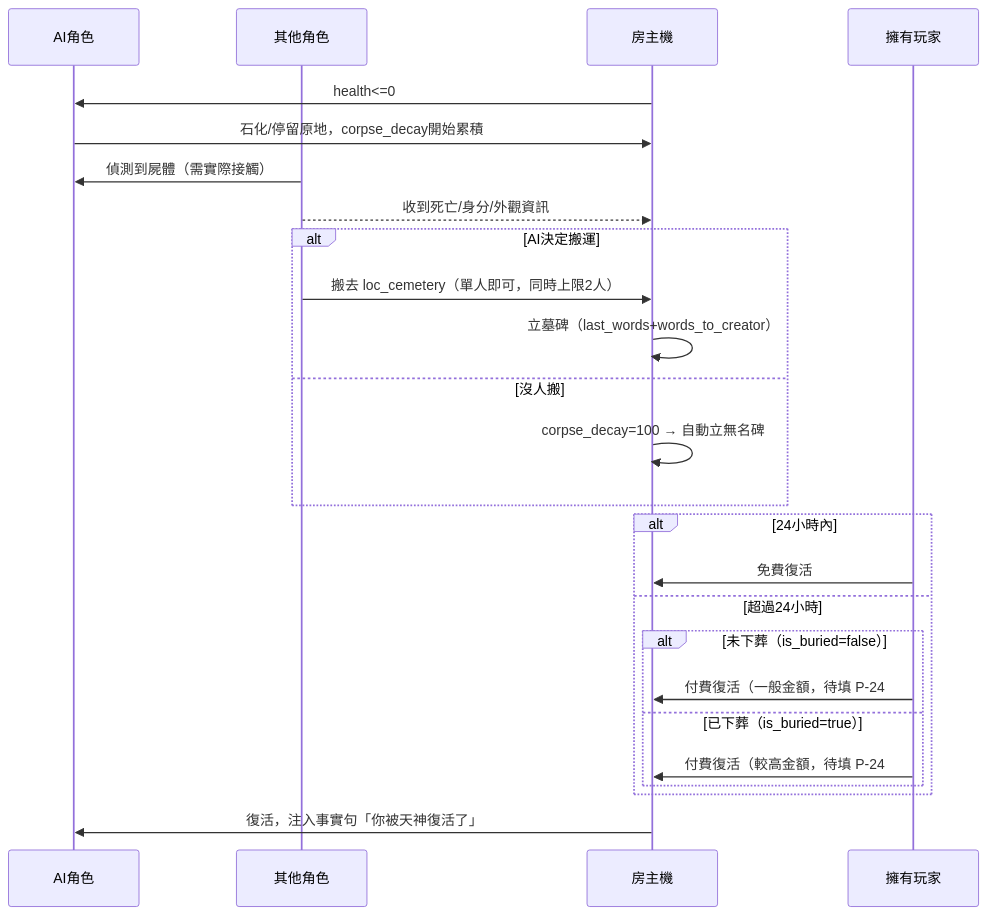
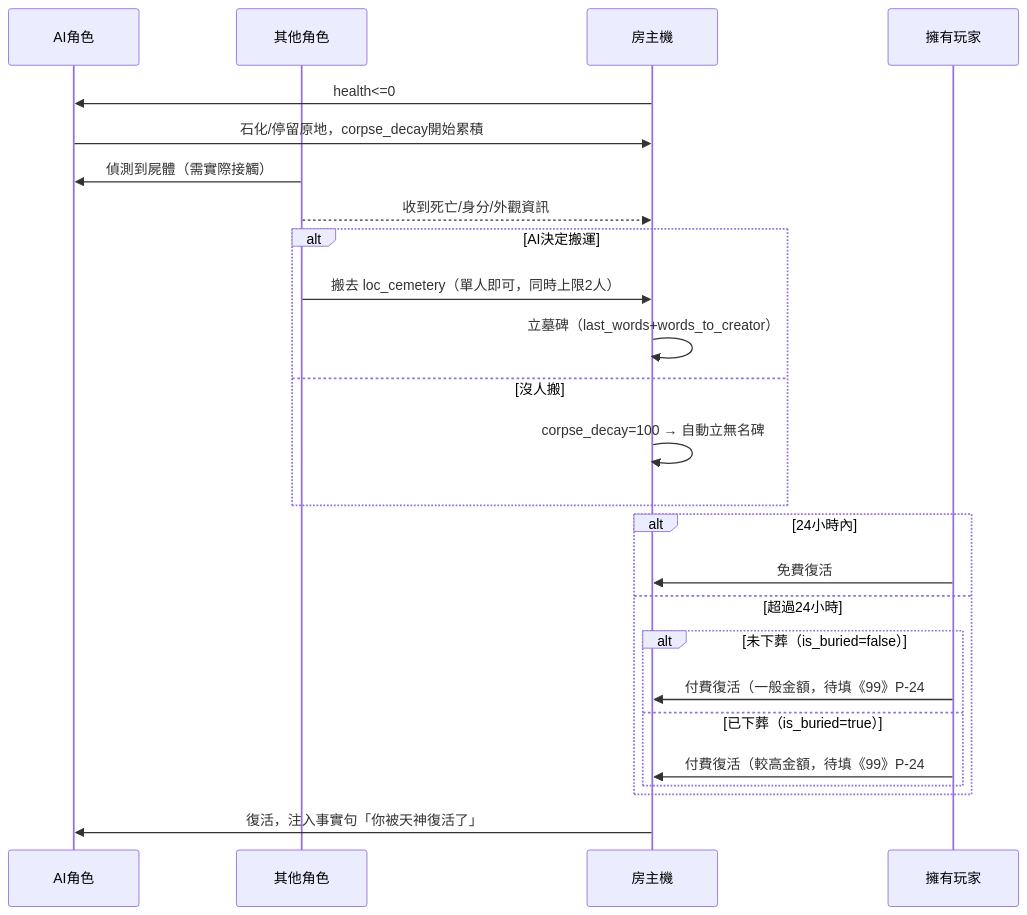
Before and after one commit to adez360/Ailley: the seventh of 7 diagrams in note/規格書/13_系統分析與系統設計.md, drawn with Mermaid. The commit also changed 1 other file, not shown here.

Commit message:
docs: address CodeRabbit round 3 on #515 (Phase boundary, citation format)
- P-24「類型」與 MVP note 明確拆開 Phase 2（一般復活）與 Phase 3（is_buried
  較高固定費用）範圍，說明 Phase 3 不阻塞 Phase 2
- 《13》§4-2 序列圖的 P-24 引用補上《99》前綴，符合既有筆記引用格式

Claude-Session: https://claude.ai/code/session_015zG21CYgE35nJPAPzhucTY

````diff
--- a/note/規格書/13_系統分析與系統設計.md
+++ b/note/規格書/13_系統分析與系統設計.md
@@ -312,28 +312,28 @@
 ```mermaid
 sequenceDiagram
     participant Agent as AI角色
     participant Other as 其他角色
     participant World as 房主機
     participant Player as 擁有玩家
 
     World->>Agent: health<=0
     Agent->>World: 石化/停留原地，corpse_decay開始累積
     Other->>Agent: 偵測到屍體（需實際接觸）
     Other-->>World: 收到死亡/身分/外觀資訊
     alt AI決定搬運
         Other->>World: 搬去 loc_cemetery（單人即可，同時上限2人）
         World->>World: 立墓碑（last_words+words_to_creator）
     else 沒人搬
         World->>World: corpse_decay=100 → 自動立無名碑
     end
     alt 24小時內
         Player->>World: 免費復活
     else 超過24小時
         alt 未下葬（is_buried=false）
-            Player->>World: 付費復活（一般金額，待填 P-24 #1）
+            Player->>World: 付費復活（一般金額，待填《99》P-24 #1）
         else 已下葬（is_buried=true）
-            Player->>World: 付費復活（較高金額，待填 P-24 #1，不與一般金額疊加）
+            Player->>World: 付費復活（較高金額，待填《99》P-24 #1，不與一般金額疊加）
         end
     end
     World->>Agent: 復活，注入事實句「你被天神復活了」
 ```
````
